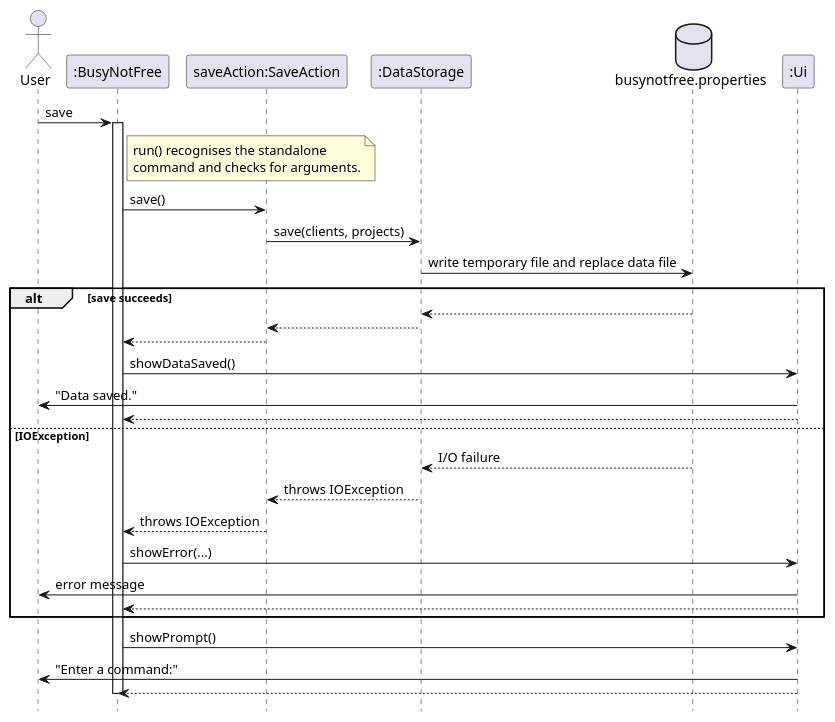
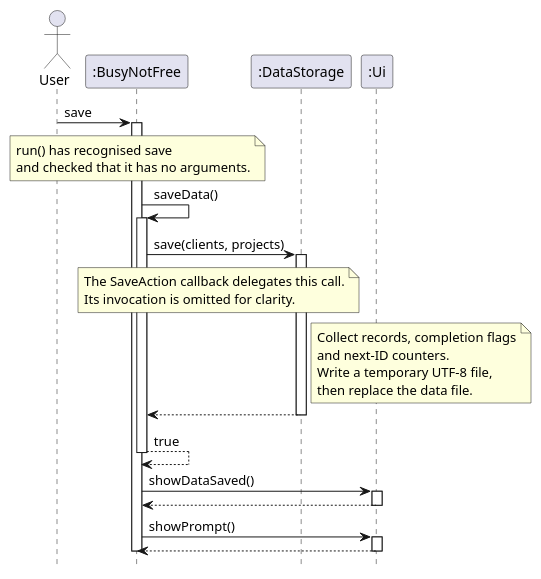
The diagram in docs/diagrams/SaveCommandSequenceDiagram.puml (AY2627S1-CS2113-T10-3/tp), drawn with PlantUML before and after one commit. The commit also changed 8 other files, not shown here.

First line of the commit message:
docs: correct task completion and persistence UML scenarios

```diff
--- a/docs/diagrams/SaveCommandSequenceDiagram.puml
+++ b/docs/diagrams/SaveCommandSequenceDiagram.puml
@@ -1,40 +1,41 @@
 @startuml
-' A save command persists data and then returns to the command loop.
+' Successful standalone save, followed by the next command prompt.
 hide footbox
 
 actor User
 participant ":BusyNotFree" as App
-participant "saveAction:SaveAction" as Action
 participant ":DataStorage" as Storage
-database "busynotfree.properties" as File
 participant ":Ui" as UI
 
 User -> App : save
 activate App
-note right of App : run() recognises the standalone\ncommand and checks for arguments.
-App -> Action : save()
-Action -> Storage : save(clients, projects)
-Storage -> File : write temporary file and replace data file
-
-alt save succeeds
-    File --> Storage
-    Storage --> Action
-    Action --> App
-    App -> UI : showDataSaved()
-    UI -> User : "Data saved."
-    UI --> App
-else IOException
-    File --> Storage : I/O failure
-    Storage --> Action : throws IOException
-    Action --> App : throws IOException
-    App -> UI : showError(...)
-    UI -> User : error message
-    UI --> App
-end
-
+note over App : run() has recognised save\nand checked that it has no arguments.
+App -> App : saveData()
+activate App
+App -> Storage : save(clients, projects)
+activate Storage
+note over App, Storage
+  The SaveAction callback delegates this call.
+  Its invocation is omitted for clarity.
+end note
+note right of Storage
+  Collect records, completion flags
+  and next-ID counters.
+  Write a temporary UTF-8 file,
+  then replace the data file.
+end note
+Storage --> App
+deactivate Storage
+App --> App : true
+deactivate App
+App -> UI : showDataSaved()
+activate UI
+UI --> App
+deactivate UI
 App -> UI : showPrompt()
-UI -> User : "Enter a command:"
+activate UI
 UI --> App
+deactivate UI
 deactivate App
 
 @enduml
```
